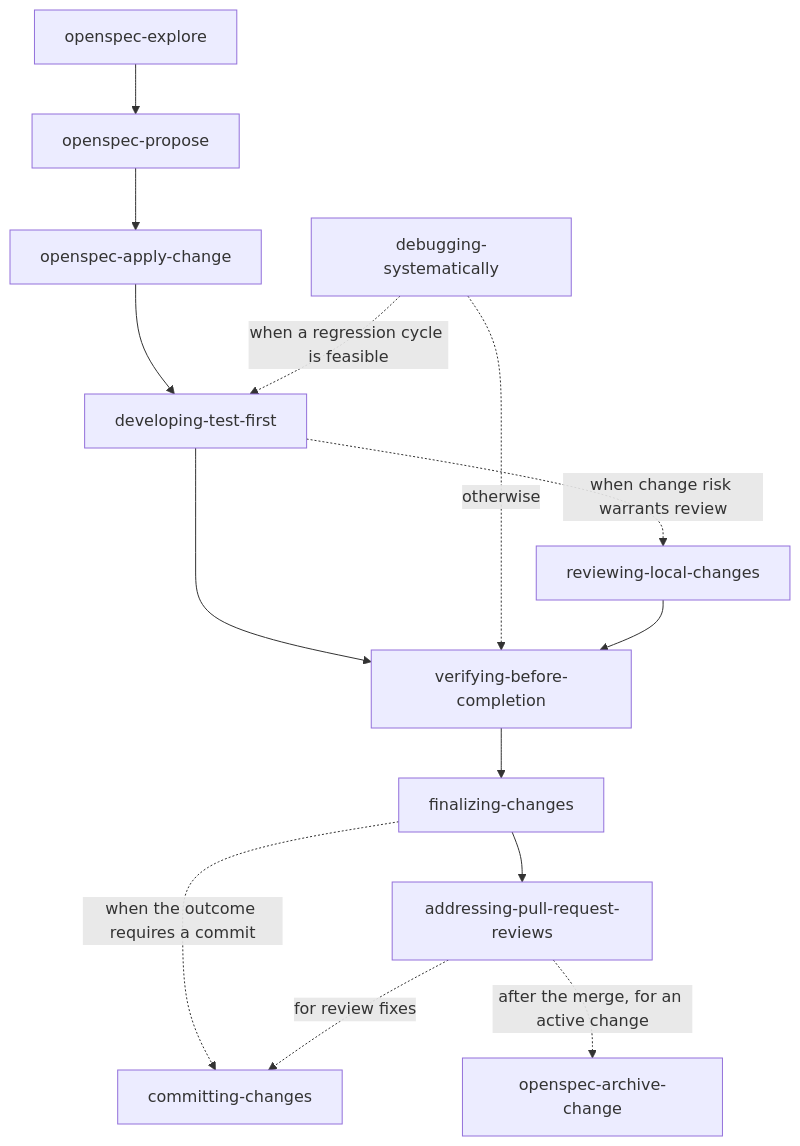
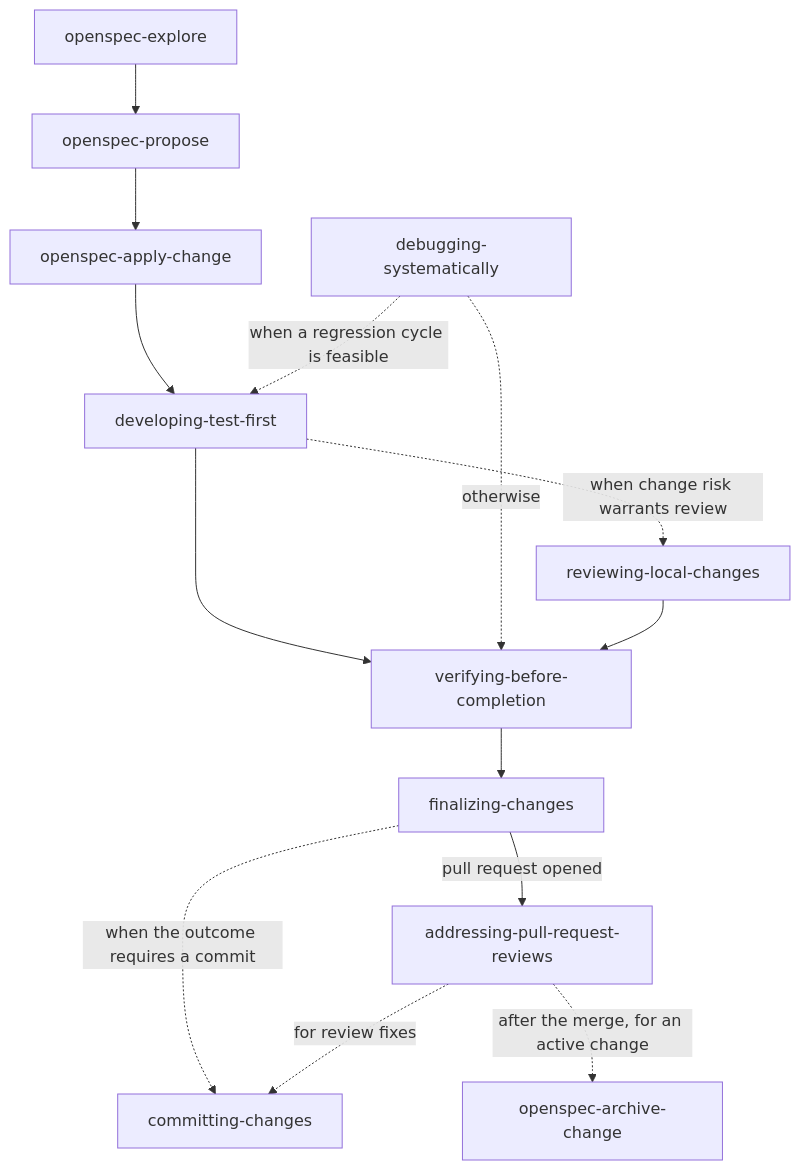
The diagram in README.md (fgladisch/opencode-skills), drawn with Mermaid before and after one commit.

Commit message:
📝 docs: show the opened pull request in the skill workflow

````diff
--- a/README.md
+++ b/README.md
@@ -54,23 +54,24 @@
 ```mermaid
 flowchart TB
   OE["openspec-explore"]
   OP["openspec-propose"]
   OAC["openspec-apply-change"]
   SD["debugging-systematically"]
   TDD["developing-test-first"]
   CR["reviewing-local-changes"]
   V["verifying-before-completion"]
   F["finalizing-changes"]
   C["committing-changes"]
   PR["addressing-pull-request-reviews"]
   OA["openspec-archive-change"]
 
-  OE --> OP --> OAC --> TDD --> V --> F --> PR
+  OE --> OP --> OAC --> TDD --> V --> F
+  F -- "pull request opened" --> PR
   SD -. "when a regression cycle is feasible" .-> TDD
   SD -. "otherwise" .-> V
   TDD -. "when change risk warrants review" .-> CR
   CR --> V
   F -. "when the outcome requires a commit" .-> C
   PR -. "for review fixes" .-> C
   PR -. "after the merge, for an active change" .-> OA
 ```
````
